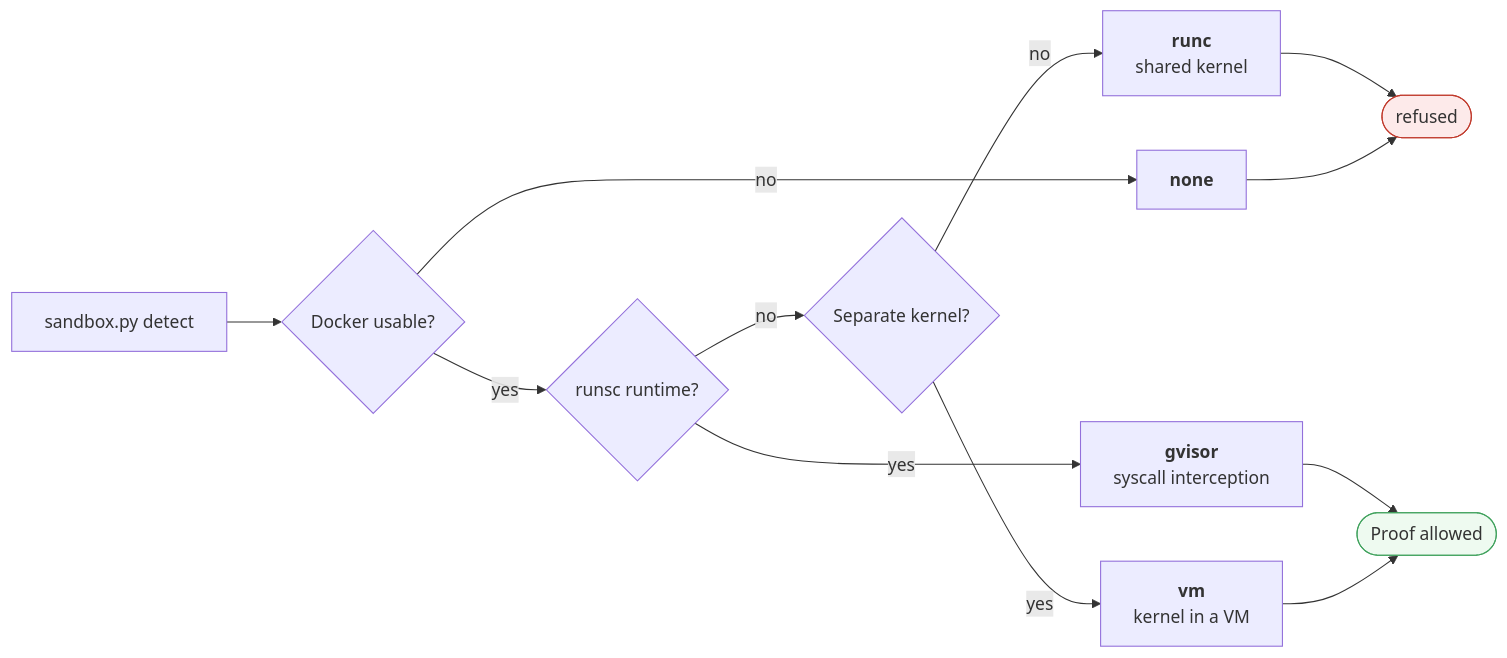
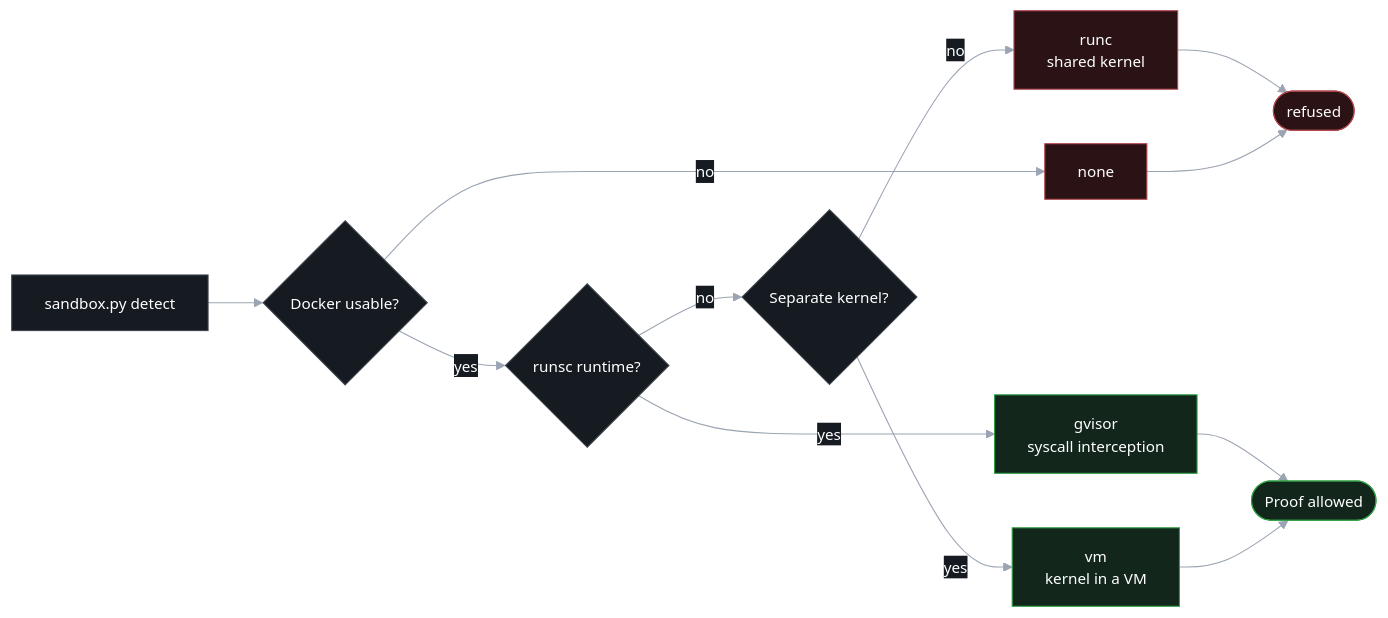
The fourth of 4 diagrams in README.md (0xsharz/pyhunt), drawn with Mermaid before and after one commit. The commit also changed other lines of this file and 1 other file, not shown here.

````diff
--- a/README.md
+++ b/README.md
@@ -364,18 +436,23 @@
 ```mermaid
+%%{init: {"theme":"base","themeVariables":{"background":"#0d1117","primaryColor":"#161b22","primaryTextColor":"#ffffff","primaryBorderColor":"#3d444d","lineColor":"#9aa4b2","secondaryColor":"#1c2128","tertiaryColor":"#21262d","mainBkg":"#161b22","textColor":"#ffffff","nodeTextColor":"#ffffff","edgeLabelBackground":"#161b22","fontSize":"14px"}}}%%
 flowchart LR
     D["sandbox.py detect"] --> Q1{"Docker usable?"}
-    Q1 -->|no| T0["<b>none</b>"]
+    Q1 -->|no| T0["none"]
     Q1 -->|yes| Q2{"runsc runtime?"}
-    Q2 -->|yes| TG["<b>gvisor</b><br/>syscall interception"]
+    Q2 -->|yes| TG["gvisor<br/>syscall interception"]
     Q2 -->|no| Q3{"Separate kernel?"}
-    Q3 -->|yes| TV["<b>vm</b><br/>kernel in a VM"]
-    Q3 -->|no| TR["<b>runc</b><br/>shared kernel"]
+    Q3 -->|yes| TV["vm<br/>kernel in a VM"]
+    Q3 -->|no| TR["runc<br/>shared kernel"]
 
     TG --> A(["Proof allowed"])
     TV --> A
     TR --> R(["refused"])
     T0 --> R
 
-    style A fill:#eefaf0,stroke:#3fa15c
-    style R fill:#fdeaea,stroke:#c0392b
+    classDef step fill:#161b22,stroke:#3d444d,color:#ffffff
+    classDef good fill:#12261c,stroke:#2ea043,color:#ffffff
+    classDef bad fill:#2a1215,stroke:#b3474f,color:#ffffff
+    class D,Q1,Q2,Q3 step
+    class TG,TV,A good
+    class TR,T0,R bad
 ```
````
